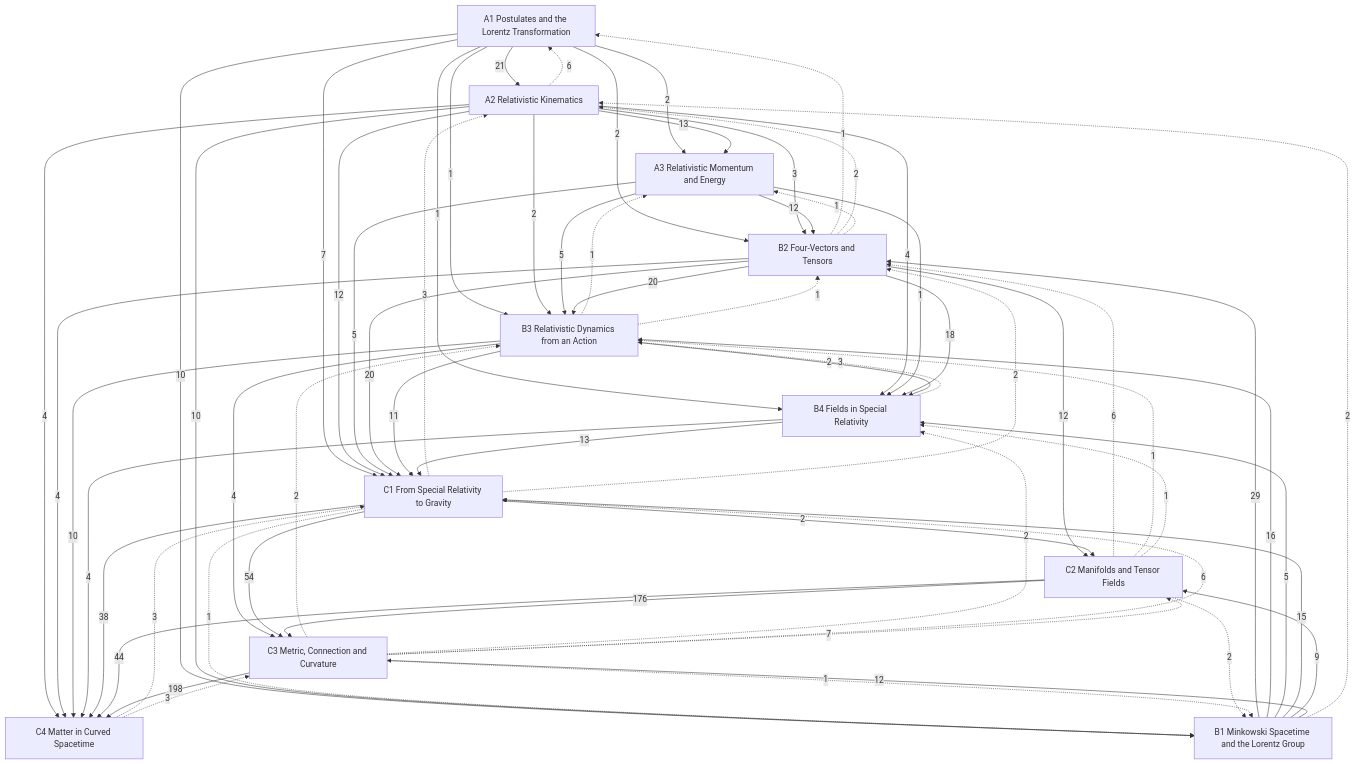
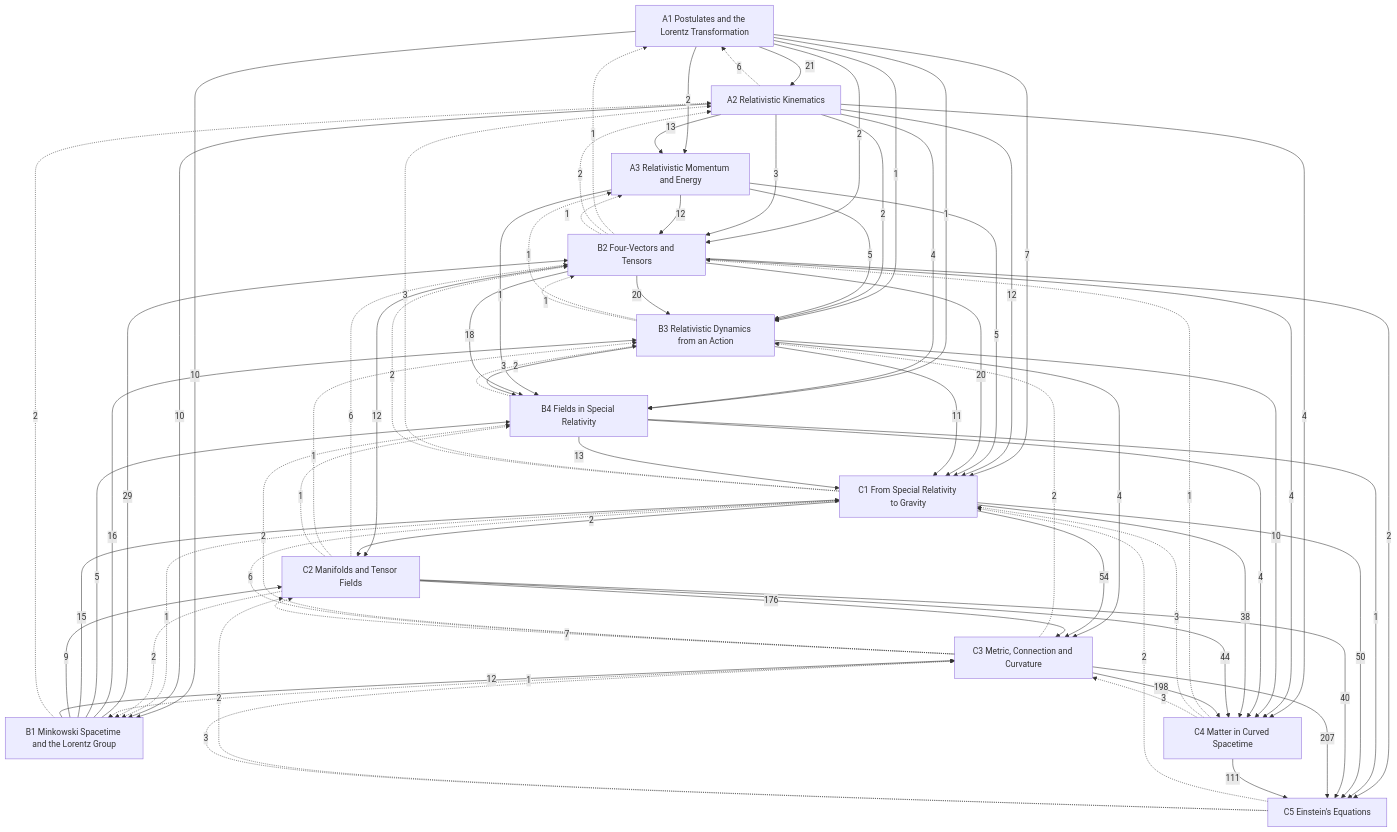
Before and after one commit to Onion20040508/notes: the diagram in Physics/Relativity/Relativity.md, drawn with Mermaid. The commit also changed other lines of this file and 63 other files, not shown here.

````diff
--- a/Physics/Relativity/Relativity.md
+++ b/Physics/Relativity/Relativity.md
@@ -44,6 +45,7 @@
   C2["C2 Manifolds and Tensor Fields"]
   C3["C3 Metric, Connection and Curvature"]
   C4["C4 Matter in Curved Spacetime"]
+  C5["C5 Einstein's Equations"]
   A1 -->|21| A2
   A1 -->|2| A3
   A2 -->|13| A3
@@ -85,6 +87,12 @@
   C1 -->|38| C4
   C2 -->|44| C4
   C3 -->|198| C4
+  B2 -->|2| C5
+  B4 -->|1| C5
+  C1 -->|50| C5
+  C2 -->|40| C5
+  C3 -->|207| C5
+  C4 -->|111| C5
   A2 -.->|6| A1
   B2 -.->|1| A1
   B1 -.->|2| A2
@@ -98,6 +106,7 @@
   B3 -.->|1| B2
   C1 -.->|2| B2
   C2 -.->|6| B2
+  C4 -.->|1| B2
   B4 -.->|3| B3
   C2 -.->|1| B3
   C3 -.->|2| B3
@@ -105,6 +114,9 @@
   C3 -.->|2| B4
   C3 -.->|6| C1
   C4 -.->|3| C1
+  C5 -.->|2| C1
   C3 -.->|7| C2
+  C5 -.->|2| C2
   C4 -.->|3| C3
+  C5 -.->|3| C3
 ```
````
